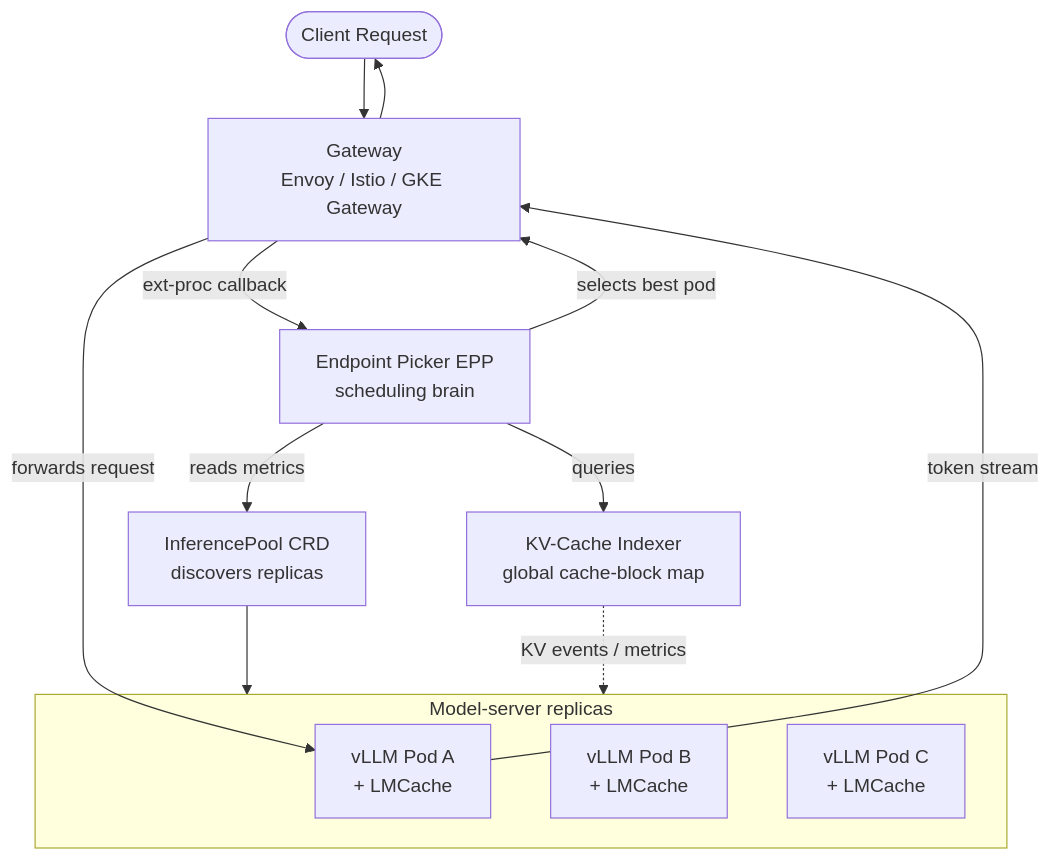
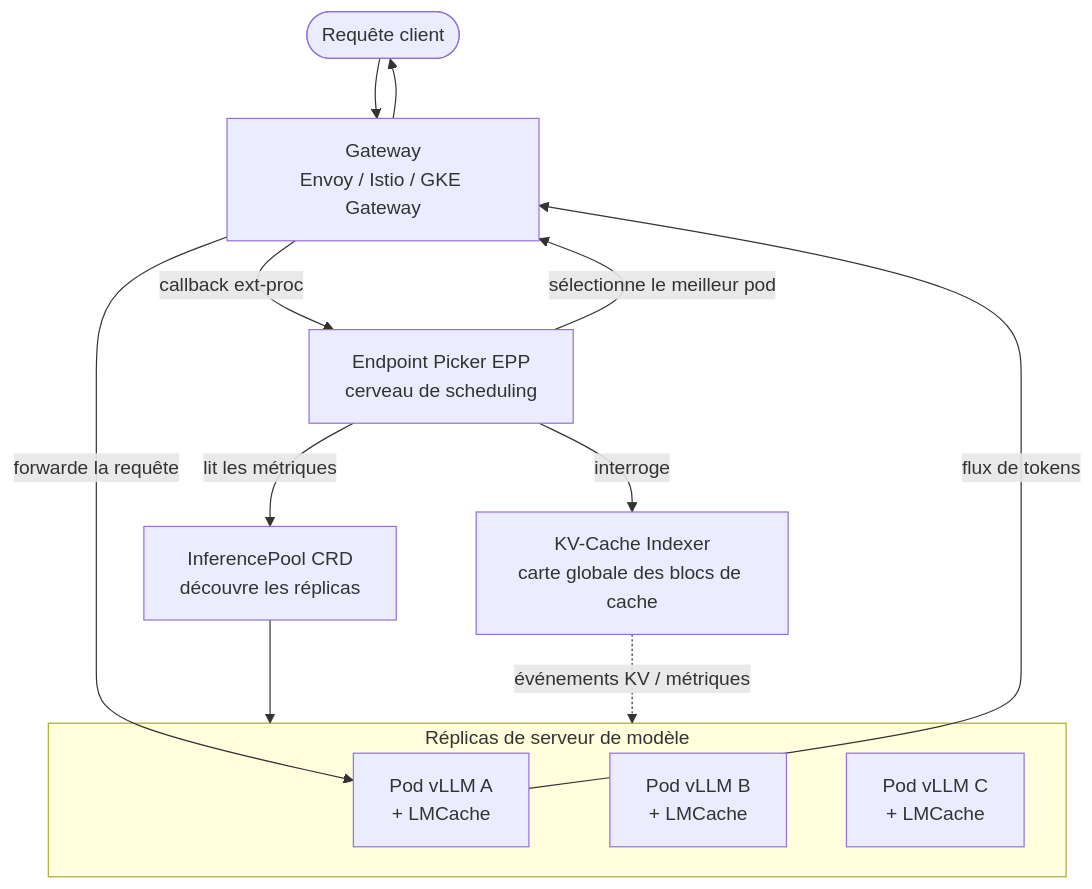
The fourth of 26 diagrams in docs/explain/llm-d.md (ADORSYS-GIS/Custom-Ai-Ops), drawn with Mermaid before and after one commit. The commit also changed other lines of this file and 39 other files, not shown here.

````diff
--- a/docs/explain/llm-d.md
+++ b/docs/explain/llm-d.md
@@ -108,20 +159,20 @@
 ```mermaid
 flowchart TB
-    Client([Client Request]) --> GW[Gateway<br/>Envoy / Istio / GKE Gateway]
-    GW -->|ext-proc callback| EPP[Endpoint Picker EPP<br/>scheduling brain]
-    EPP -->|queries| Indexer[KV-Cache Indexer<br/>global cache-block map]
-    EPP -->|reads metrics| Pool[InferencePool CRD<br/>discovers replicas]
+    Client([Requête client]) --> GW[Gateway<br/>Envoy / Istio / GKE Gateway]
+    GW -->|callback ext-proc| EPP[Endpoint Picker EPP<br/>cerveau de scheduling]
+    EPP -->|interroge| Indexer[KV-Cache Indexer<br/>carte globale des blocs de cache]
+    EPP -->|lit les métriques| Pool[InferencePool CRD<br/>découvre les réplicas]
 
-    subgraph Pool_Members["Model-server replicas"]
-        V1[vLLM Pod A<br/>+ LMCache]
-        V2[vLLM Pod B<br/>+ LMCache]
-        V3[vLLM Pod C<br/>+ LMCache]
+    subgraph Pool_Members["Réplicas de serveur de modèle"]
+        V1[Pod vLLM A<br/>+ LMCache]
+        V2[Pod vLLM B<br/>+ LMCache]
+        V3[Pod vLLM C<br/>+ LMCache]
     end
 
     Pool --> Pool_Members
-    Indexer -.KV events / metrics.-> Pool_Members
-    EPP -->|selects best pod| GW
-    GW -->|forwards request| V1
-    V1 -->|token stream| GW
+    Indexer -.événements KV / métriques.-> Pool_Members
+    EPP -->|sélectionne le meilleur pod| GW
+    GW -->|forwarde la requête| V1
+    V1 -->|flux de tokens| GW
     GW --> Client
 ```
````
